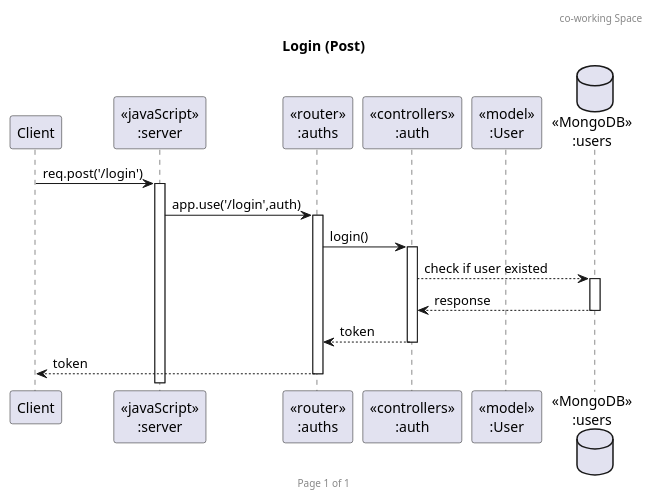
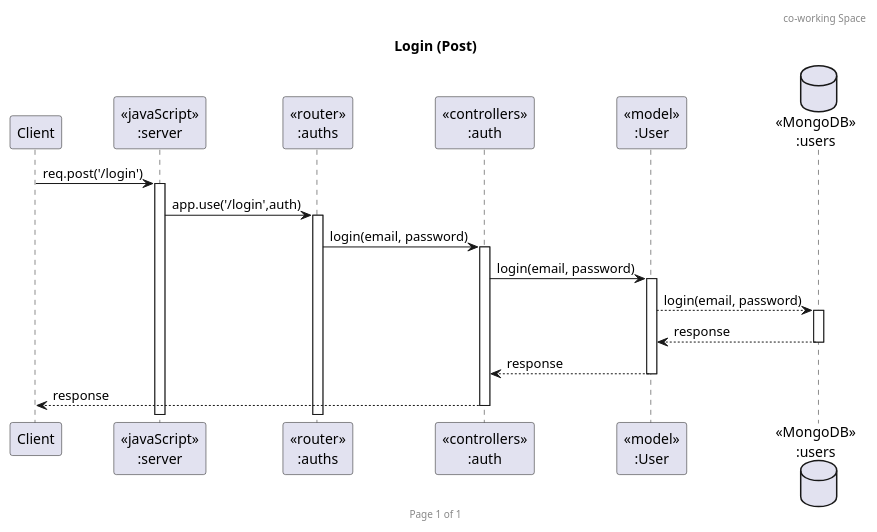
The diagram in uml/coWorking_login.puml (GavinITP/co-working-space-reservation), drawn with PlantUML before and after one commit. The commit also changed 2 other files, not shown here.

Commit message:
authentication sequence diagram fix

```diff
--- a/uml/coWorking_login.puml
+++ b/uml/coWorking_login.puml
@@ -1,24 +1,26 @@
 @startuml Login to the system (Post)
 
 header co-working Space 
 footer Page %page% of %lastpage%
 title "Login (Post)"
 
 participant "Client" as client
 participant "<<javaScript>>\n:server" as server
 participant "<<router>>\n:auths" as routerAuth
 participant "<<controllers>>\n:auth" as controllersAuths
+' participant "<<middleware>>\n:auth" as middleware
 participant "<<model>>\n:User" as modelUser
 database "<<MongoDB>>\n:users" as UserDatabase
 
 client->server ++:req.post('/login')
 server->routerAuth ++:app.use('/login',auth)
-routerAuth -> controllersAuths ++:login()
+routerAuth -> controllersAuths ++:login(email, password)
+controllersAuths -> modelUser ++: login(email, password)
 ' controllersAuths -> UserDatabase ++: validate email
 ' UserDatabase -> controllersAuths ++: return validation result
-controllersAuths -->  UserDatabase ++:check if user existed 
-UserDatabase --> controllersAuths --:response
-controllersAuths --> routerAuth --:token
-routerAuth --> client --:token
+modelUser -->  UserDatabase ++:login(email, password)
+UserDatabase --> modelUser --:response
+modelUser --> controllersAuths --:response
+controllersAuths --> client --:response
 
 @enduml
```
